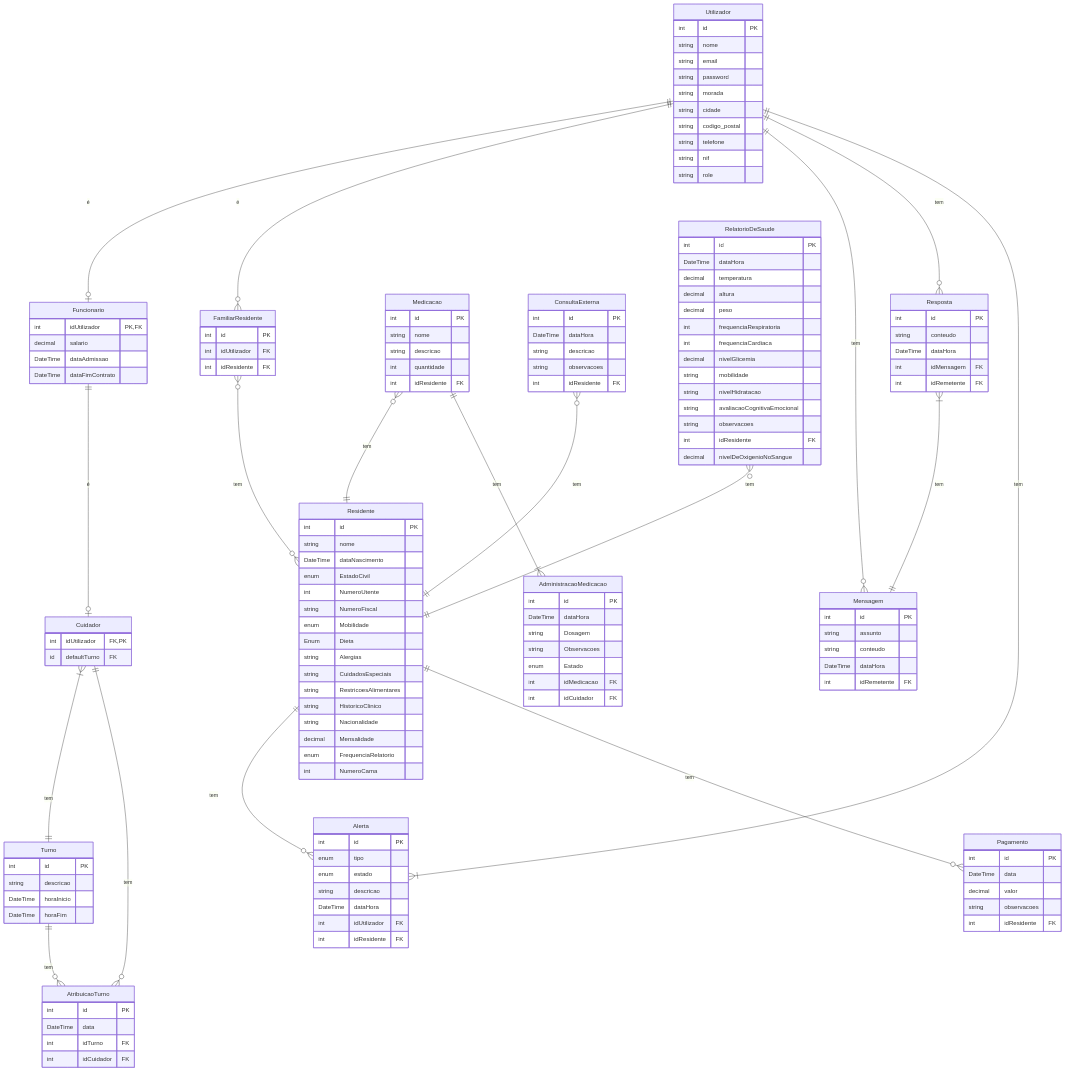
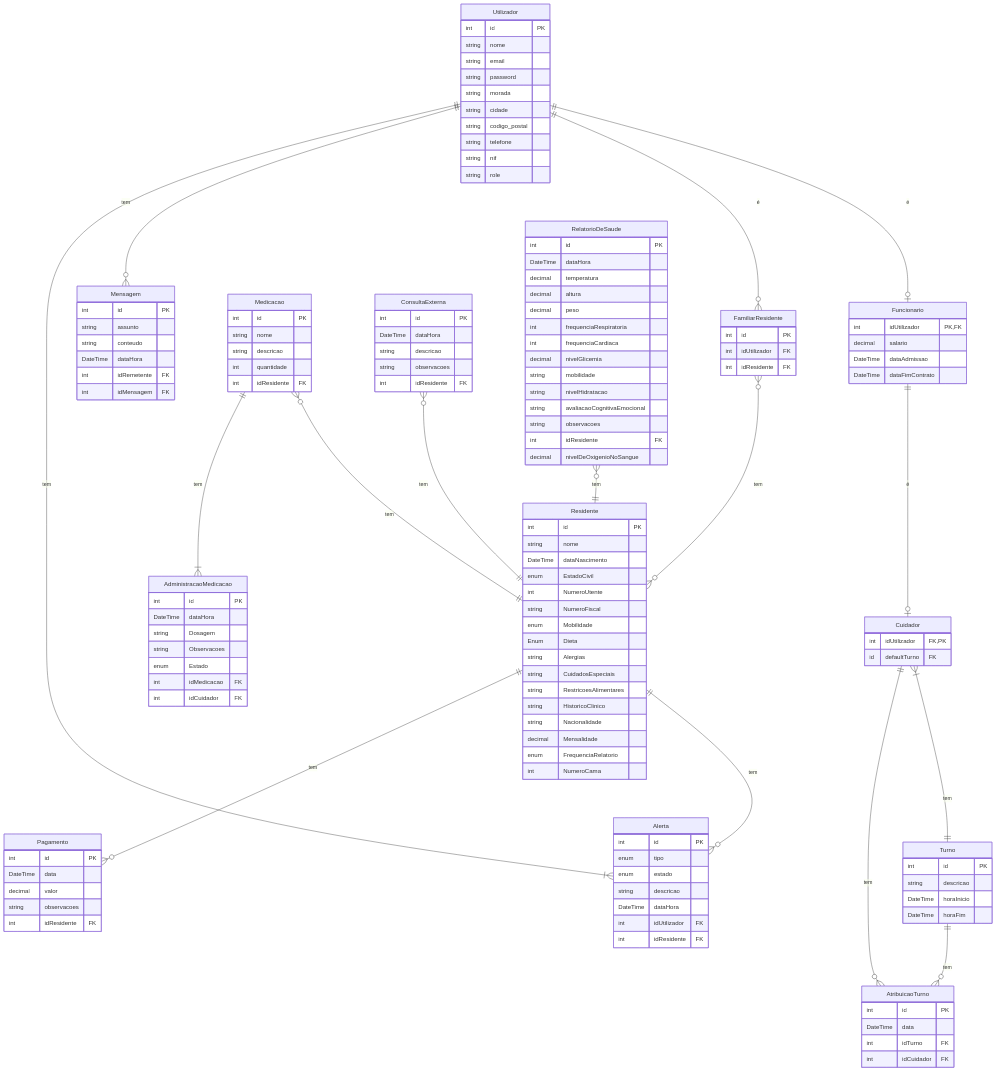
One commit to Pedro-RD/final-docs changed the diagram in ModeloDados.md. Above: the diagram before and after it, drawn with Mermaid.

```diff
--- a/ModeloDados.md
+++ b/ModeloDados.md
@@ -137,16 +137,7 @@
         string conteudo
         DateTime dataHora
         int idRemetente FK
-    }
-
-    Resposta }|--|| Mensagem: "tem"
-    Utilizador ||--O{ Resposta: "tem"
-    Resposta {
-        int id PK
-        string conteudo
-        DateTime dataHora
         int idMensagem FK
-        int idRemetente FK
     }
 
     Alerta }|--|| Utilizador: "tem"
```
